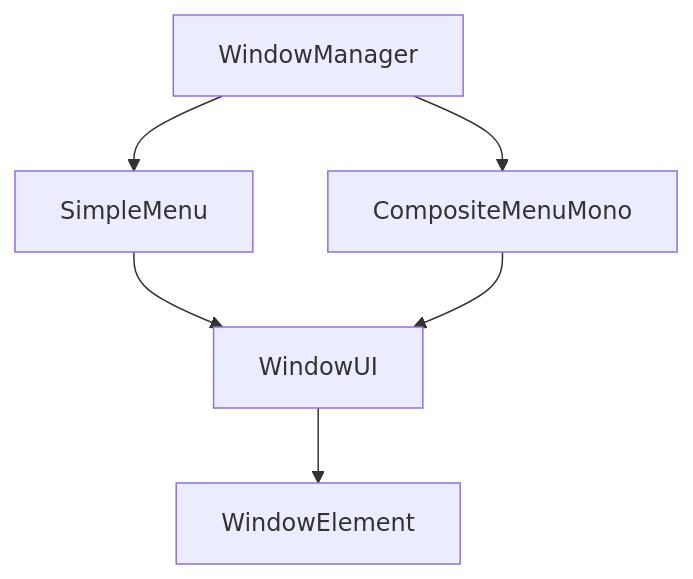
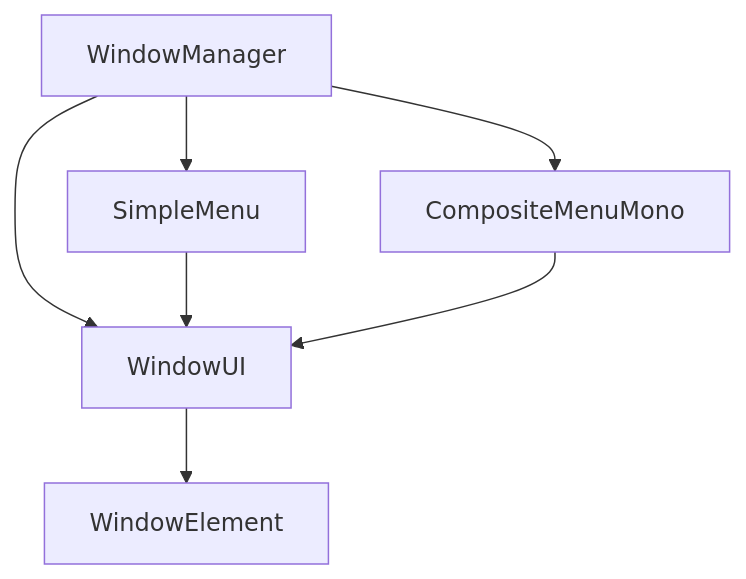
One commit to dklassic/APFrameworkUI changed the diagram in Document.md. Above: the diagram before and after it, drawn with Mermaid. The commit also changed other lines of this file, not shown here.

````diff
--- a/Document.md
+++ b/Document.md
@@ -11,8 +11,9 @@
 ```mermaid
 graph TD;
     WindowManager-->SimpleMenu;
     WindowManager-->CompositeMenuMono;
+    WindowManager-->WindowUI;
     SimpleMenu-->WindowUI;
     CompositeMenuMono-->WindowUI;
     WindowUI-->WindowElement;
 ```
````
